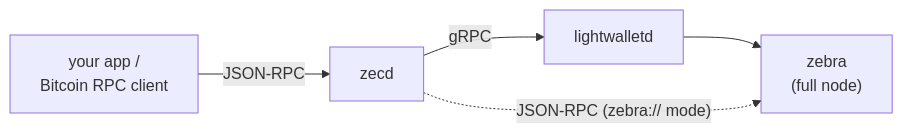
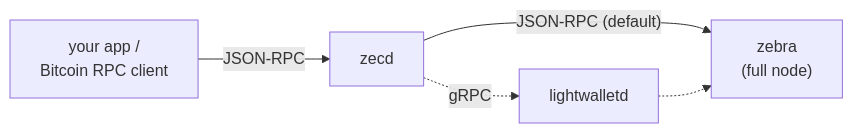
The diagram in README.md (zecrocks/zecd), drawn with Mermaid before and after one commit. The commit also changed other lines of this file and 18 other files, not shown here.

Commit message:
Make the zebra backend the default and rename zebra-direct to zebra

````diff
--- a/README.md
+++ b/README.md
@@ -28,6 +28,6 @@
 ```mermaid
 flowchart LR
     app["your app /<br>Bitcoin RPC client"] -->|JSON-RPC| zecd
-    zecd -->|gRPC| lwd[lightwalletd] --> zebra["zebra<br>(full node)"]
-    zecd -.->|"JSON-RPC (zebra:// mode)"| zebra
+    zecd -->|"JSON-RPC (default)"| zebra["zebra<br>(full node)"]
+    zecd -.->|gRPC| lwd[lightwalletd] -.-> zebra
 ```
````
